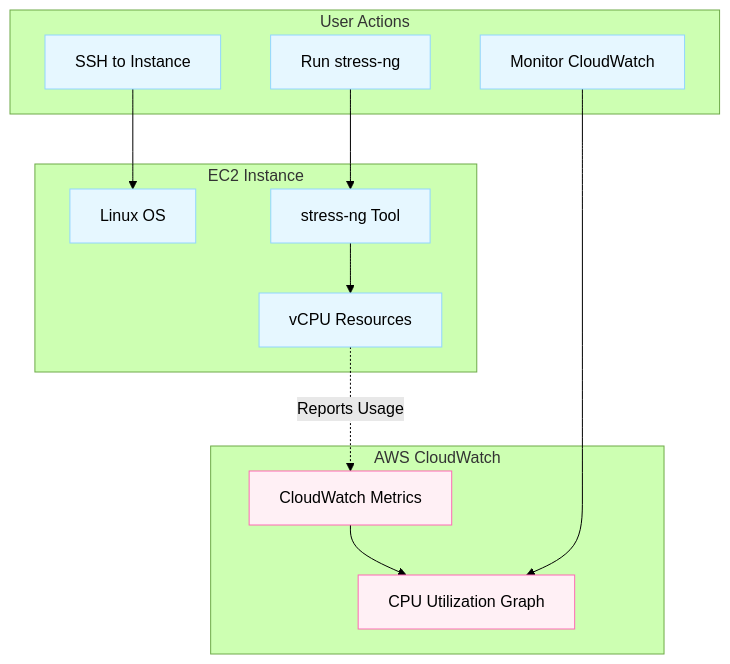
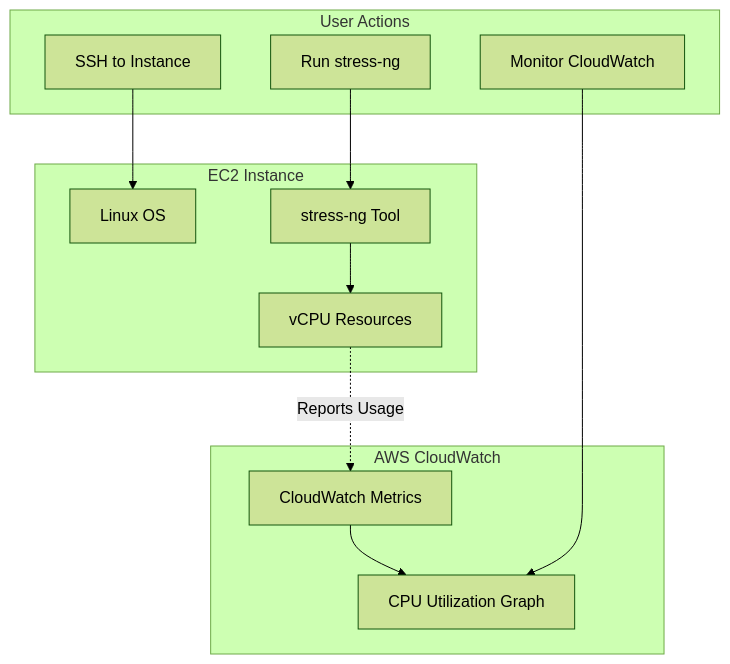
The first of 2 diagrams in docs/dev-cloud/cclab/lab_13.md (sujith-eag/sujith-library), drawn with Mermaid (forest theme) before and after one commit. The commit also changed other lines of this file and 41 other files, not shown here.

First line of the commit message:
Refactor diagrams and remove redundant styles in documentation

````diff
--- a/docs/dev-cloud/cclab/lab_13.md
+++ b/docs/dev-cloud/cclab/lab_13.md
@@ -7,33 +7,26 @@
 ```mermaid
 flowchart TD
     subgraph User_Actions [User Actions]
         U1[SSH to Instance]
         U2[Run stress-ng]
         U3[Monitor CloudWatch]
     end
     
     subgraph EC2 [EC2 Instance]
         OS[Linux OS]
         Tool[stress-ng Tool]
         CPU[vCPU Resources]
     end
     
     subgraph Monitoring [AWS CloudWatch]
         CW[CloudWatch Metrics]
         Graph[CPU Utilization Graph]
     end
 
     U1 --> OS
     U2 --> Tool
     Tool --> CPU
     CPU -.->|Reports Usage| CW
     CW --> Graph
     U3 --> Graph
-
-    classDef process fill:#e6f7ff,stroke:#91d5ff
-    classDef highlight fill:#fff0f5,stroke:#ff69b4
-    classDef success fill:#d4edda,stroke:#155724
-
-    class U1,U2,U3,OS,Tool,CPU process
-    class CW,Graph highlight
 ```
````
